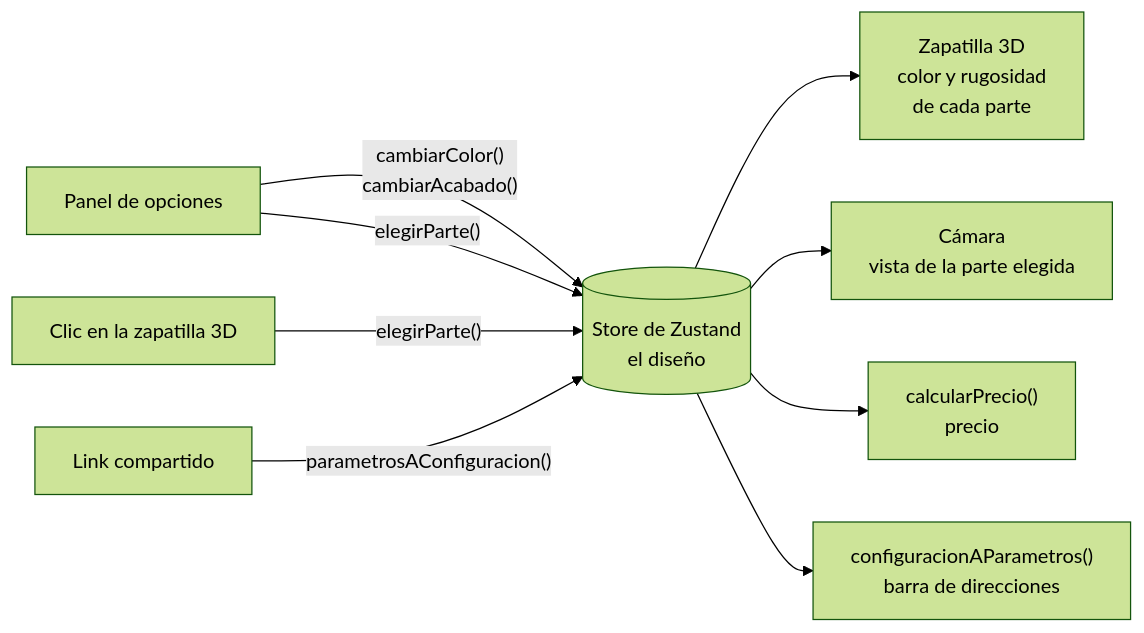
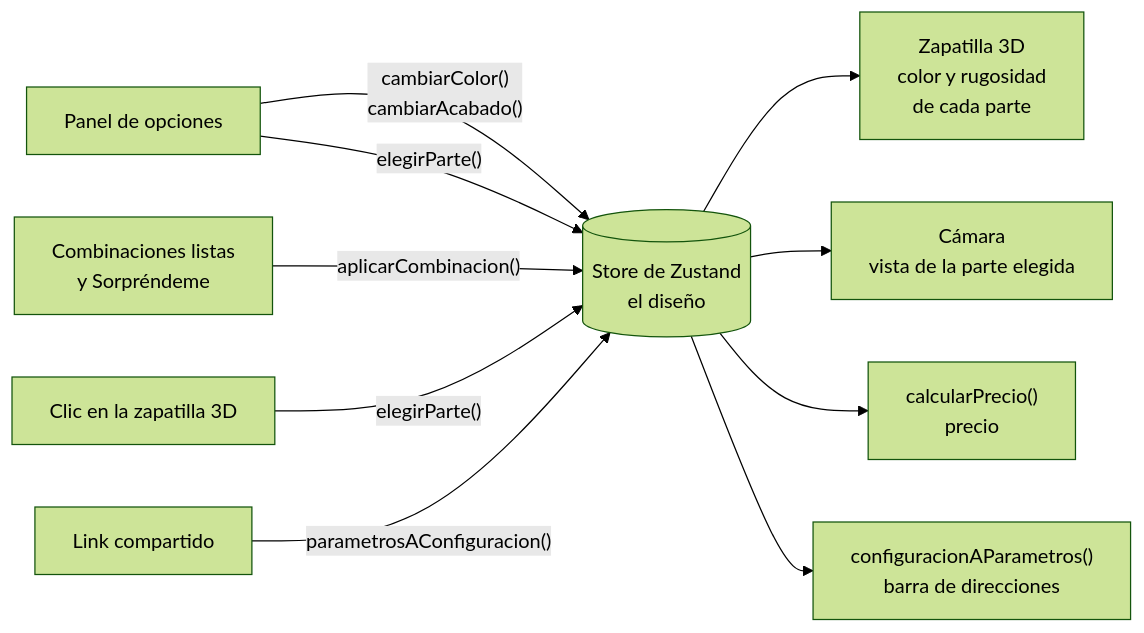
One commit to Vitomans/configurador-3d changed the diagram in README.md. Above: the diagram before and after it, drawn with Mermaid (forest theme). The commit also changed other lines of this file, not shown here.

Commit message:
docs: explica en el README las combinaciones listas y "Sorpréndeme"

````diff
--- a/README.md
+++ b/README.md
@@ -42,11 +43,12 @@
 ```mermaid
 flowchart LR
     panel["Panel de opciones"] -->|"cambiarColor()<br/>cambiarAcabado()"| store[("Store de Zustand<br/>el diseño")]
     panel -->|"elegirParte()"| store
+    combinaciones["Combinaciones listas<br/>y Sorpréndeme"] -->|"aplicarCombinacion()"| store
     zapatilla["Clic en la zapatilla 3D"] -->|"elegirParte()"| store
     store --> producto["Zapatilla 3D<br/>color y rugosidad<br/>de cada parte"]
     store --> camara["Cámara<br/>vista de la parte elegida"]
     store --> precio["calcularPrecio()<br/>precio"]
     store --> url["configuracionAParametros()<br/>barra de direcciones"]
     link["Link compartido"] -->|"parametrosAConfiguracion()"| store
 ```
````
